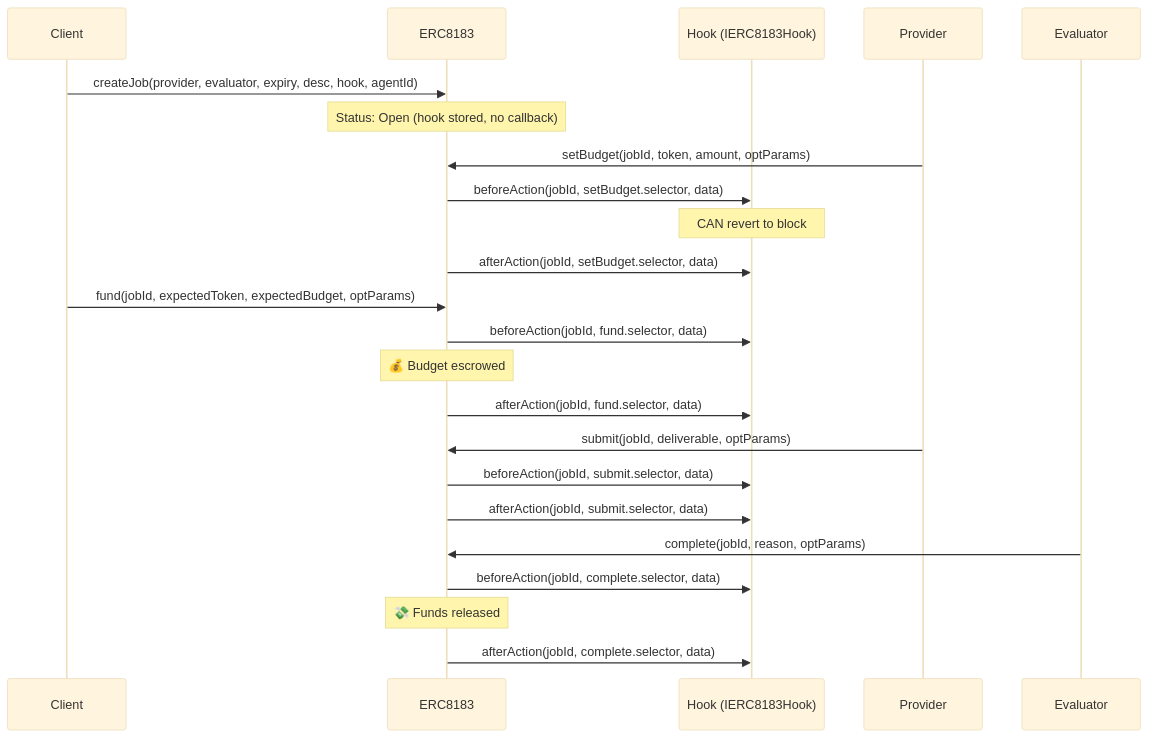
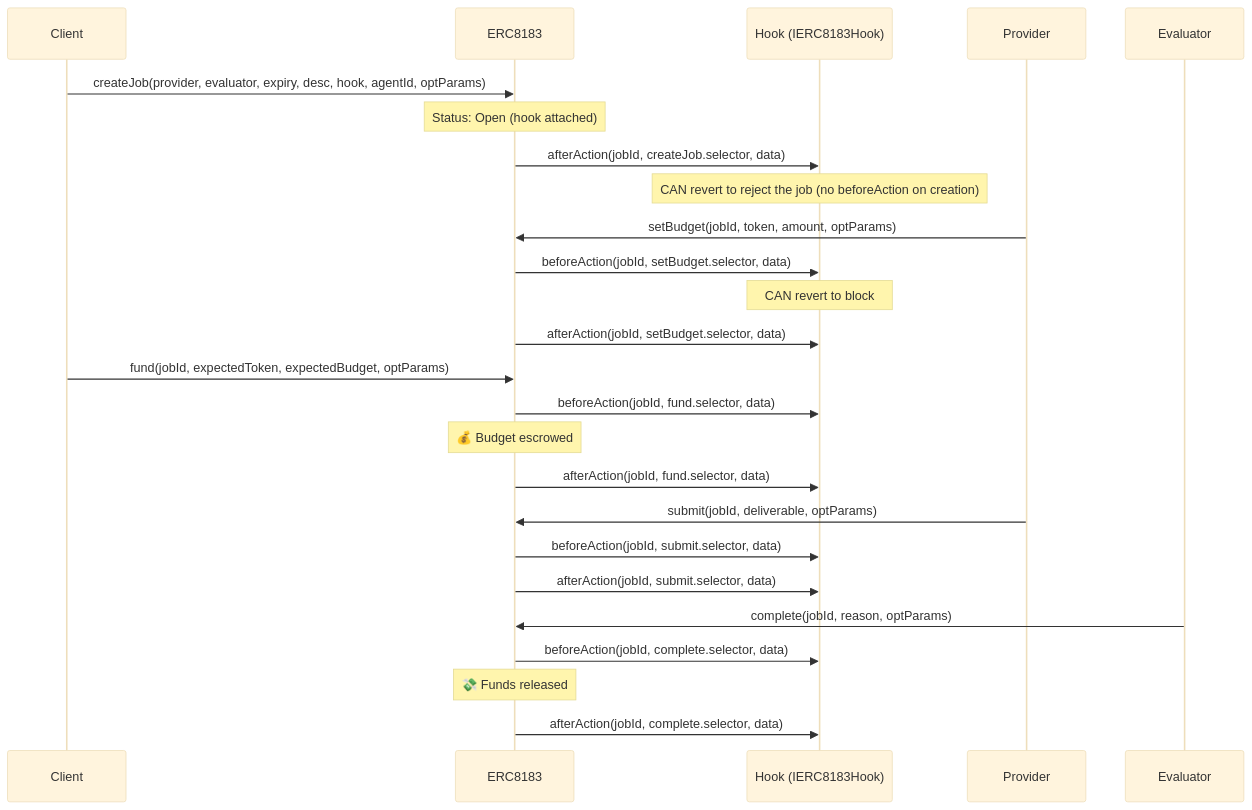
The fourth of 5 diagrams in docs/01-architecture.md (erc-8183/base-contracts), drawn with Mermaid (base theme) before and after one commit.

Commit message:
docs: sync createJob hook sequence diagram with afterAction behavior

````diff
--- a/docs/01-architecture.md
+++ b/docs/01-architecture.md
@@ -96,30 +96,32 @@
 ```mermaid
 sequenceDiagram
     participant C as Client
     participant AC as ERC8183
     participant H as Hook (IERC8183Hook)
     participant P as Provider
     participant E as Evaluator
 
-    C->>AC: createJob(provider, evaluator, expiry, desc, hook, agentId)
-    Note over AC: Status: Open (hook stored, no callback)
+    C->>AC: createJob(provider, evaluator, expiry, desc, hook, agentId, optParams)
+    Note over AC: Status: Open (hook attached)
+    AC->>H: afterAction(jobId, createJob.selector, data)
+    Note over H: CAN revert to reject the job (no beforeAction on creation)
 
     P->>AC: setBudget(jobId, token, amount, optParams)
     AC->>H: beforeAction(jobId, setBudget.selector, data)
     Note over H: CAN revert to block
     AC->>H: afterAction(jobId, setBudget.selector, data)
 
     C->>AC: fund(jobId, expectedToken, expectedBudget, optParams)
     AC->>H: beforeAction(jobId, fund.selector, data)
     Note over AC: 💰 Budget escrowed
     AC->>H: afterAction(jobId, fund.selector, data)
 
     P->>AC: submit(jobId, deliverable, optParams)
     AC->>H: beforeAction(jobId, submit.selector, data)
     AC->>H: afterAction(jobId, submit.selector, data)
 
     E->>AC: complete(jobId, reason, optParams)
     AC->>H: beforeAction(jobId, complete.selector, data)
     Note over AC: 💸 Funds released
     AC->>H: afterAction(jobId, complete.selector, data)
 ```
````
